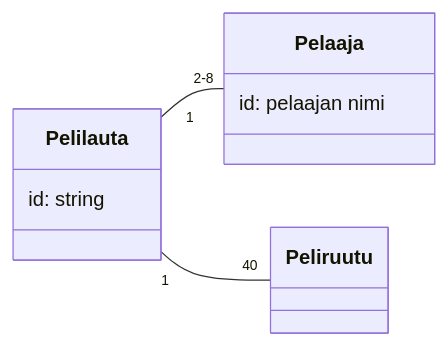
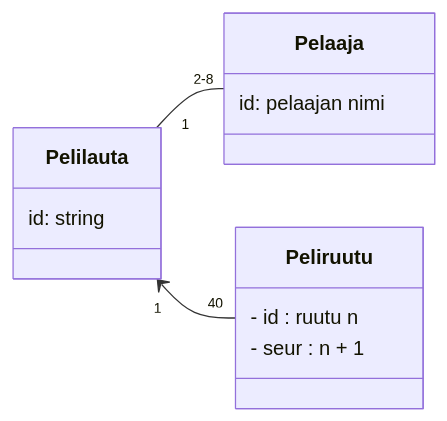
One commit to brotholi/ot-harjoitustyo changed the diagram in laskarit/viikko3/monopoli.md. Above: the diagram before and after it, drawn with Mermaid.

````diff
--- a/laskarit/viikko3/monopoli.md
+++ b/laskarit/viikko3/monopoli.md
@@ -1,23 +1,24 @@
 ```mermaid
  classDiagram
     direction LR
     
     
     class Pelaaja {
         id: pelaajan nimi
     }
 
     class Pelilauta {
      id: string   
     }
     
     
     class Peliruutu {
-    
+    - id : ruutu n
+    - seur : n + 1
     }
 
     Pelilauta "1" -- "2-8" Pelaaja
-    Pelilauta "1" -- "40" Peliruutu
+    Pelilauta "1" <-- "40" Peliruutu
     
 
 ```
````
